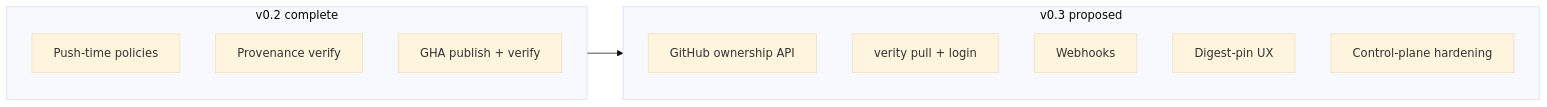
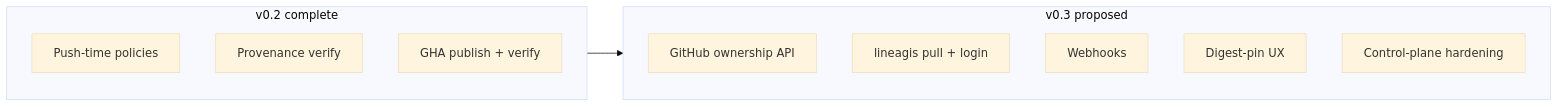
The diagram in docs/sdlc/layer-c-v0.3-plan.md (BrendenWalker/lineagis), drawn with Mermaid (base theme) before and after one commit. The commit also changed other lines of this file and 135 other files, not shown here.

First line of the commit message:
Rename project from Verity to Lineagis. (#114)

````diff
--- a/docs/sdlc/layer-c-v0.3-plan.md
+++ b/docs/sdlc/layer-c-v0.3-plan.md
@@ -25,16 +25,16 @@
 ```mermaid
 flowchart LR
   subgraph v02 [v0.2 complete]
     Push[Push-time policies]
     Prov[Provenance verify]
     GHA[GHA publish + verify]
   end
   subgraph v03 [v0.3 proposed]
     Own[GitHub ownership API]
-    Pull[verity pull + login]
+    Pull[lineagis pull + login]
     Hook[Webhooks]
     Pin[Digest-pin UX]
     Sec[Control-plane hardening]
   end
   v02 --> v03
 ```
````
